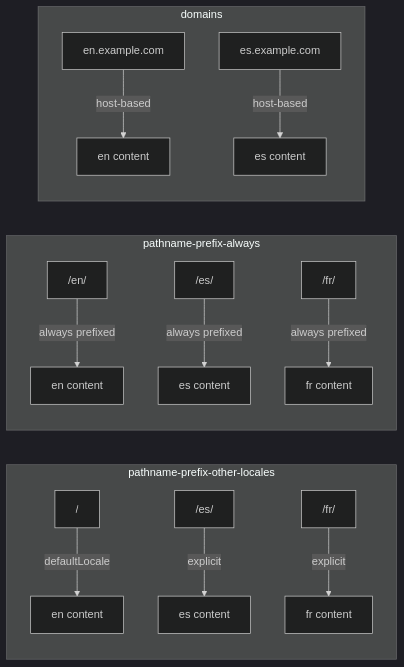
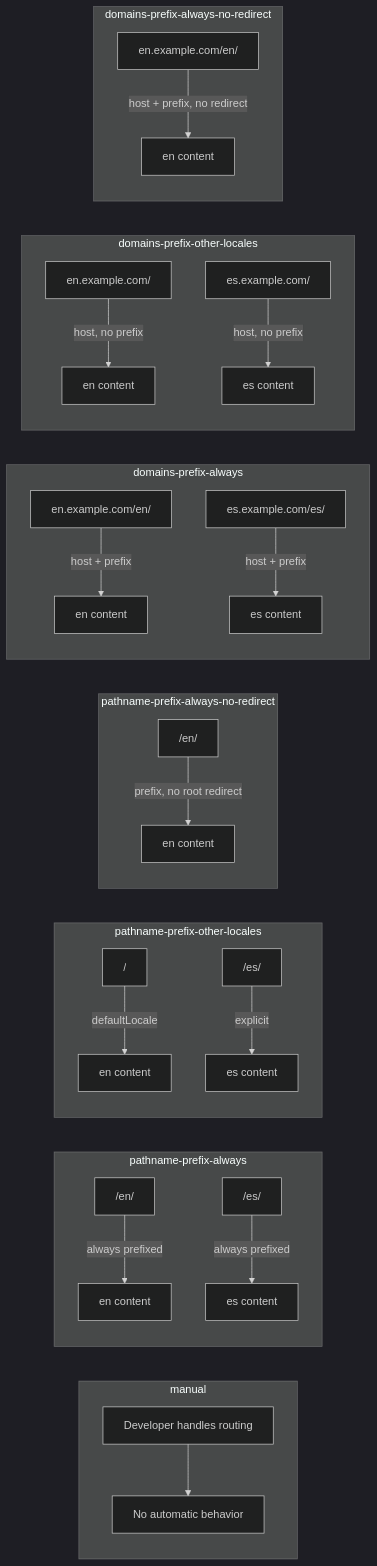
The first of 3 diagrams in [src.Astro]/astro/markdown/12-i18n.md (ewe-studios/explorations), drawn with Mermaid (dark theme) before and after one commit. The commit also changed other lines of this file and 22 other files, not shown here.

````diff
--- a/[src.Astro]/astro/markdown/12-i18n.md
+++ b/[src.Astro]/astro/markdown/12-i18n.md
@@ -98,19 +122,34 @@
 ```mermaid
 flowchart LR
-    subgraph "pathname-prefix-other-locales"
-        A1["/"] --> |defaultLocale| A2["en content"]
-        B1["/es/"] --> |explicit| B2["es content"]
-        C1["/fr/"] --> |explicit| C2["fr content"]
+    subgraph "manual"
+        A1["Developer handles routing"] --> A2["No automatic behavior"]
     end
 
     subgraph "pathname-prefix-always"
         D1["/en/"] --> |always prefixed| D2["en content"]
         E1["/es/"] --> |always prefixed| E2["es content"]
-        F1["/fr/"] --> |always prefixed| F2["fr content"]
     end
 
-    subgraph "domains"
-        G1["en.example.com"] --> |host-based| G2["en content"]
-        H1["es.example.com"] --> |host-based| H2["es content"]
+    subgraph "pathname-prefix-other-locales"
+        B1["/"] --> |defaultLocale| B2["en content"]
+        C1["/es/"] --> |explicit| C2["es content"]
+    end
+
+    subgraph "pathname-prefix-always-no-redirect"
+        F1["/en/"] --> |prefix, no root redirect| F2["en content"]
+    end
+
+    subgraph "domains-prefix-always"
+        G1["en.example.com/en/"] --> |host + prefix| G2["en content"]
+        H1["es.example.com/es/"] --> |host + prefix| H2["es content"]
+    end
+
+    subgraph "domains-prefix-other-locales"
+        I1["en.example.com/"] --> |host, no prefix| I2["en content"]
+        J1["es.example.com/"] --> |host, no prefix| J2["es content"]
+    end
+
+    subgraph "domains-prefix-always-no-redirect"
+        K1["en.example.com/en/"] --> |host + prefix, no redirect| K2["en content"]
     end
 ```
````
